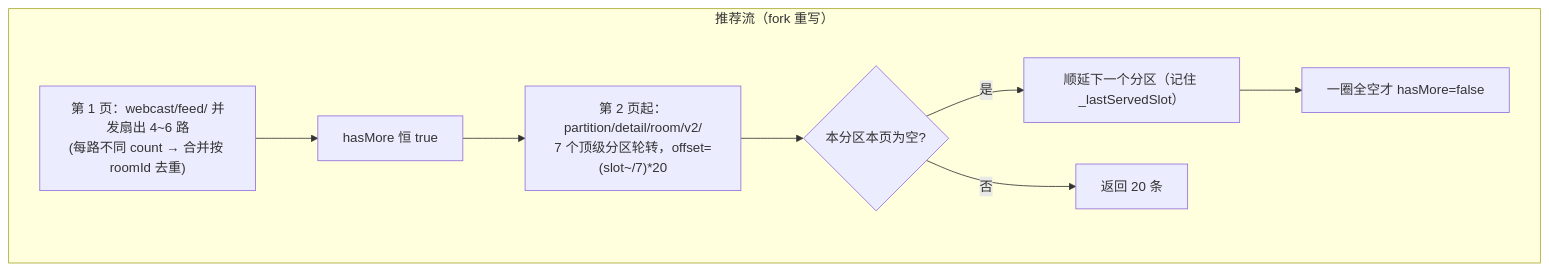
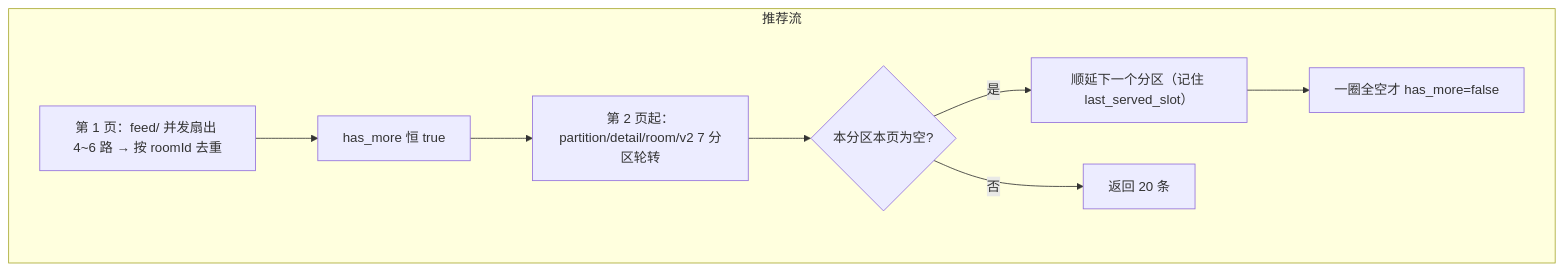
Before and after one commit to gaoxing64/dart_simple_live: the ninth of 12 diagrams in simple_live_core/doc/workflow-diagram.md, drawn with Mermaid. The commit also changed other lines of this file and 8 other files, not shown here.

````diff
--- a/simple_live_core/doc/workflow-diagram.md
+++ b/simple_live_core/doc/workflow-diagram.md
@@ -234,11 +233,11 @@
 ```mermaid
 flowchart TD
-    subgraph 列表["推荐流（fork 重写）"]
-        R1["第 1 页：webcast/feed/ 并发扇出 4~6 路\n(每路不同 count → 合并按 roomId 去重)"] --> R2["hasMore 恒 true"]
-        R2 --> R3["第 2 页起：partition/detail/room/v2/\n7 个顶级分区轮转，offset=(slot~/7)*20"]
+    subgraph 推荐流
+        R1["第 1 页：feed/ 并发扇出 4~6 路 → 按 roomId 去重"] --> R2["has_more 恒 true"]
+        R2 --> R3["第 2 页起：partition/detail/room/v2 7 分区轮转"]
         R3 --> R4{"本分区本页为空?"}
-        R4 -- "是" --> R5["顺延下一个分区（记住 _lastServedSlot）"]
+        R4 -- "是" --> R5["顺延下一个分区（记住 last_served_slot）"]
         R4 -- "否" --> R6["返回 20 条"]
-        R5 --> R7["一圈全空才 hasMore=false"]
+        R5 --> R7["一圈全空才 has_more=false"]
     end
 ```
````
